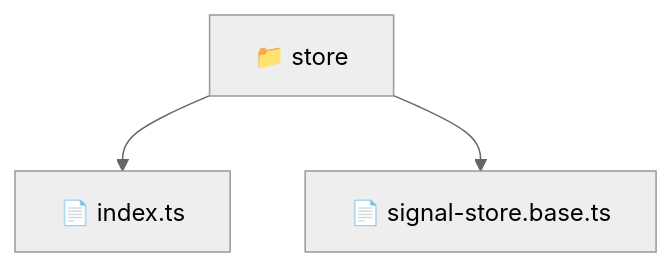
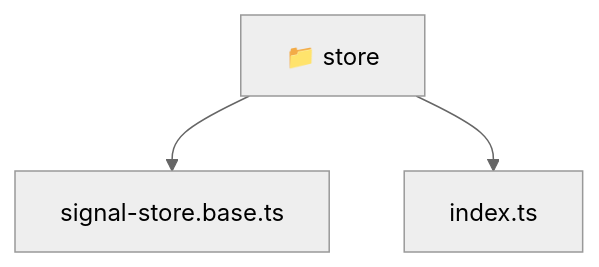
Before and after one commit to beginwebdev2002/fullstack-mavluda: the diagram in frontend/src/shared/store/README.md, drawn with Mermaid (neutral theme). The commit also changed other lines of this file and 167 other files, not shown here.

````diff
--- a/frontend/src/shared/store/README.md
+++ b/frontend/src/shared/store/README.md
@@ -11,6 +11,8 @@
 ```mermaid
 graph TD
-  Root["📁 store"]
-  Root --> index_ts["📄 index.ts"]
-  Root --> signal_store_base_ts["📄 signal-store.base.ts"]
+  Root_store["📁 store"]
+  f_signal_store_base_ts["signal-store.base.ts"]
+  Root_store --> f_signal_store_base_ts
+  f_index_ts["index.ts"]
+  Root_store --> f_index_ts
 ```
````
